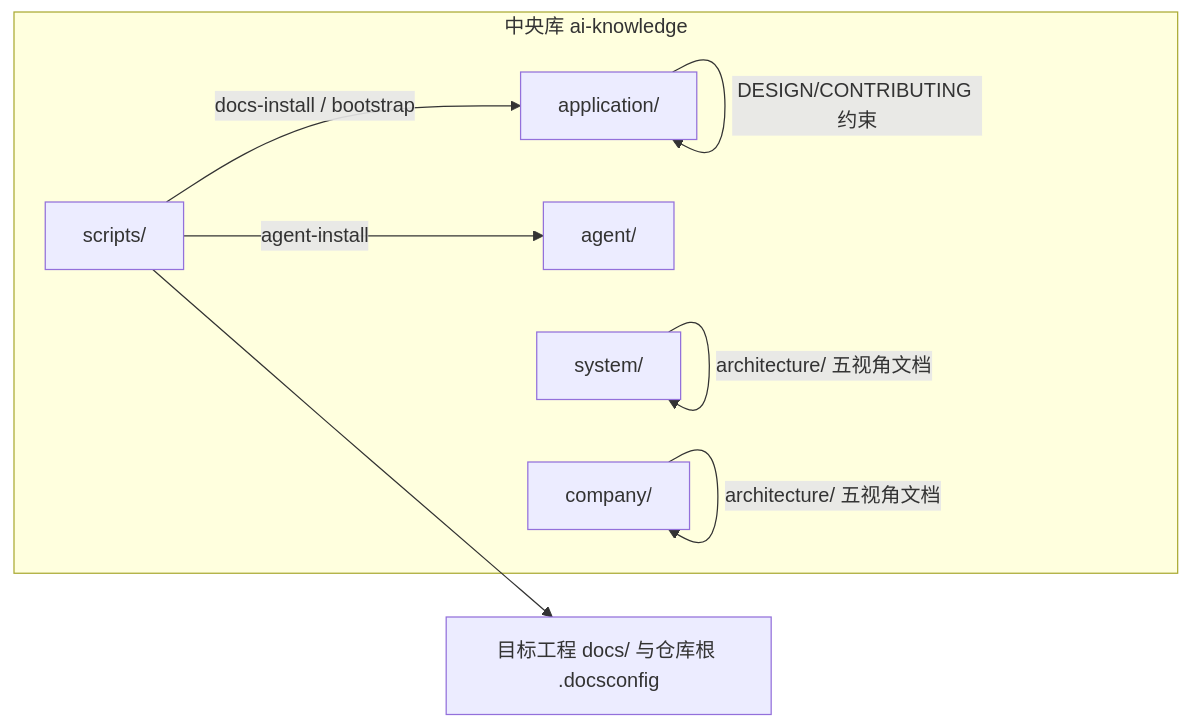
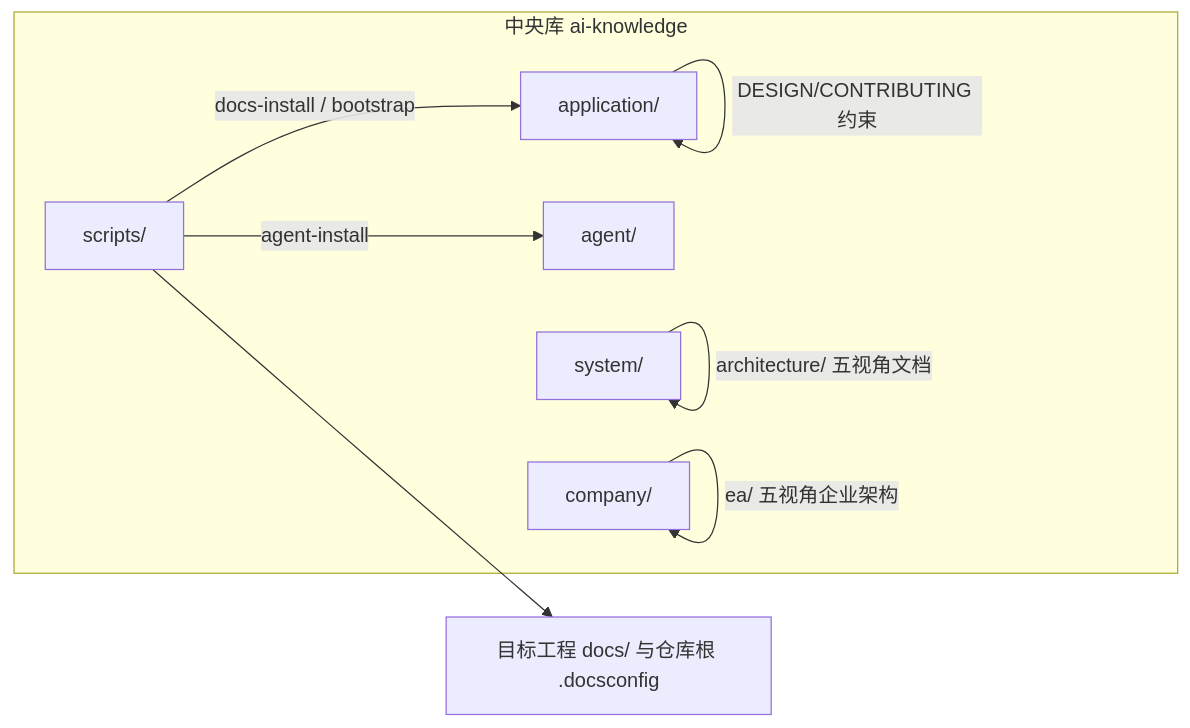
One commit to oleewen/ai-knowledge changed the first of 2 diagrams in INDEX_GUIDE.md. Above: the diagram before and after it, drawn with Mermaid. The commit also changed other lines of this file and 43 other files, not shown here.

````diff
--- a/INDEX_GUIDE.md
+++ b/INDEX_GUIDE.md
@@ -53,17 +53,17 @@
 ```mermaid
 flowchart LR
   subgraph central["中央库 ai-knowledge"]
     app["application/"]
     ag["agent/"]
     sc["scripts/"]
     sys["system/"]
     co["company/"]
   end
   tgt["目标工程 docs/ 与仓库根 .docsconfig"]
   sc -->|"docs-install / bootstrap"| app
   sc -->|"agent-install"| ag
   sc --> tgt
   app -->|"DESIGN/CONTRIBUTING 约束"| app
   sys -->|"architecture/ 五视角文档"| sys
-  co -->|"architecture/ 五视角文档"| co
+  co -->|"ea/ 五视角企业架构"| co
 ```
````
